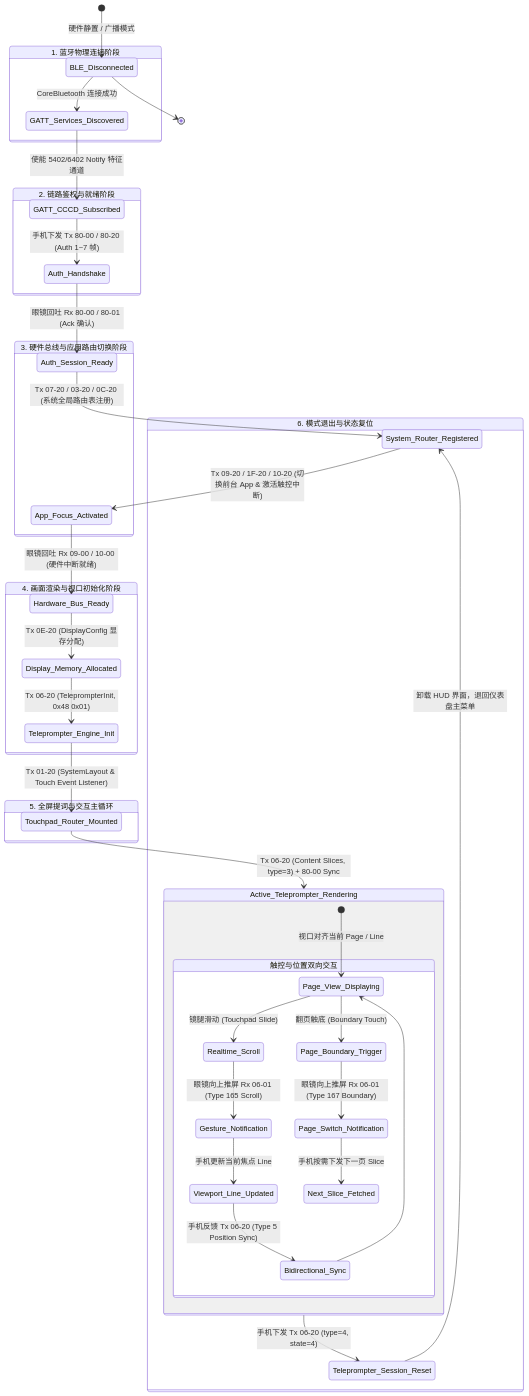
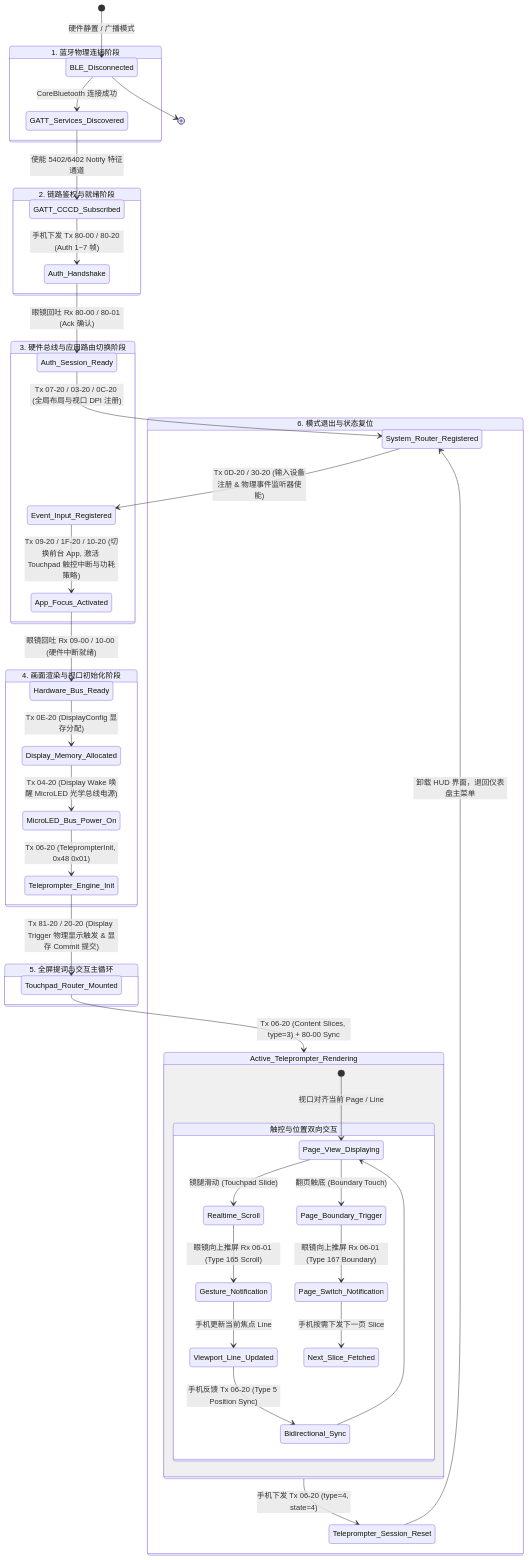
The second of 2 diagrams in docs/g2_reverse_engineering.md (havvk/even-g2-smart-classroom), drawn with Mermaid before and after one commit. The commit also changed other lines of this file and 4 other files, not shown here.

````diff
--- a/docs/g2_reverse_engineering.md
+++ b/docs/g2_reverse_engineering.md
@@ -752,54 +969,56 @@
 ```mermaid
 stateDiagram-v2
     [*] --> BLE_Disconnected : 硬件静置 / 广播模式
 
     state "1. 蓝牙物理连接阶段" as Stage1 {
         BLE_Disconnected --> GATT_Services_Discovered : CoreBluetooth 连接成功
         GATT_Services_Discovered --> GATT_CCCD_Subscribed : 使能 5402/6402 Notify 特征通道
     }
 
     state "2. 链路鉴权与就绪阶段" as Stage2 {
         GATT_CCCD_Subscribed --> Auth_Handshake : 手机下发 Tx 80-00 / 80-20 (Auth 1~7 帧)
         Auth_Handshake --> Auth_Session_Ready : 眼镜回吐 Rx 80-00 / 80-01 (Ack 确认)
     }
 
     state "3. 硬件总线与应用路由切换阶段" as Stage3 {
-        Auth_Session_Ready --> System_Router_Registered : Tx 07-20 / 03-20 / 0C-20 (系统全局路由表注册)
-        System_Router_Registered --> App_Focus_Activated : Tx 09-20 / 1F-20 / 10-20 (切换前台 App & 激活触控中断)
+        Auth_Session_Ready --> System_Router_Registered : Tx 07-20 / 03-20 / 0C-20 (全局布局与视口 DPI 注册)
+        System_Router_Registered --> Event_Input_Registered : Tx 0D-20 / 30-20 (输入设备注册 & 物理事件监听器使能)
+        Event_Input_Registered --> App_Focus_Activated : Tx 09-20 / 1F-20 / 10-20 (切换前台 App, 激活 Touchpad 触控中断与功耗策略)
         App_Focus_Activated --> Hardware_Bus_Ready : 眼镜回吐 Rx 09-00 / 10-00 (硬件中断就绪)
     }
 
     state "4. 画面渲染与视口初始化阶段" as Stage4 {
         Hardware_Bus_Ready --> Display_Memory_Allocated : Tx 0E-20 (DisplayConfig 显存分配)
-        Display_Memory_Allocated --> Teleprompter_Engine_Init : Tx 06-20 (TeleprompterInit, 0x48 0x01)
-        Teleprompter_Engine_Init --> Touchpad_Router_Mounted : Tx 01-20 (SystemLayout & Touch Event Listener)
+        Display_Memory_Allocated --> MicroLED_Bus_Power_On : Tx 04-20 (Display Wake 唤醒 MicroLED 光学总线电源)
+        MicroLED_Bus_Power_On --> Teleprompter_Engine_Init : Tx 06-20 (TeleprompterInit, 0x48 0x01)
+        Teleprompter_Engine_Init --> Touchpad_Router_Mounted : Tx 81-20 / 20-20 (Display Trigger 物理显示触发 & 显存 Commit 提交)
     }
 
     state "5. 全屏提词与交互主循环" as Stage5 {
         Touchpad_Router_Mounted --> Active_Teleprompter_Rendering : Tx 06-20 (Content Slices, type=3) + 80-00 Sync
         
         state Active_Teleprompter_Rendering {
             [*] --> Page_View_Displaying : 视口对齐当前 Page / Line
             
             state "触控与位置双向交互" as TouchInteraction {
                 Page_View_Displaying --> Realtime_Scroll : 镜腿滑动 (Touchpad Slide)
                 Realtime_Scroll --> Gesture_Notification : 眼镜向上推屏 Rx 06-01 (Type 165 Scroll)
                 Gesture_Notification --> Viewport_Line_Updated : 手机更新当前焦点 Line
                 
                 Page_View_Displaying --> Page_Boundary_Trigger : 翻页触底 (Boundary Touch)
                 Page_Boundary_Trigger --> Page_Switch_Notification : 眼镜向上推屏 Rx 06-01 (Type 167 Boundary)
                 Page_Switch_Notification --> Next_Slice_Fetched : 手机按需下发下一页 Slice
                 
                 Viewport_Line_Updated --> Bidirectional_Sync : 手机反馈 Tx 06-20 (Type 5 Position Sync)
                 Bidirectional_Sync --> Page_View_Displaying
             }
         }
     }
 
     state "6. 模式退出与状态复位" as Stage6 {
         Active_Teleprompter_Rendering --> Teleprompter_Session_Reset : 手机下发 Tx 06-20 (type=4, state=4)
         Teleprompter_Session_Reset --> System_Router_Registered : 卸载 HUD 界面，退回仪表盘主菜单
     }
 
     BLE_Disconnected --> [*]
 ```
````
